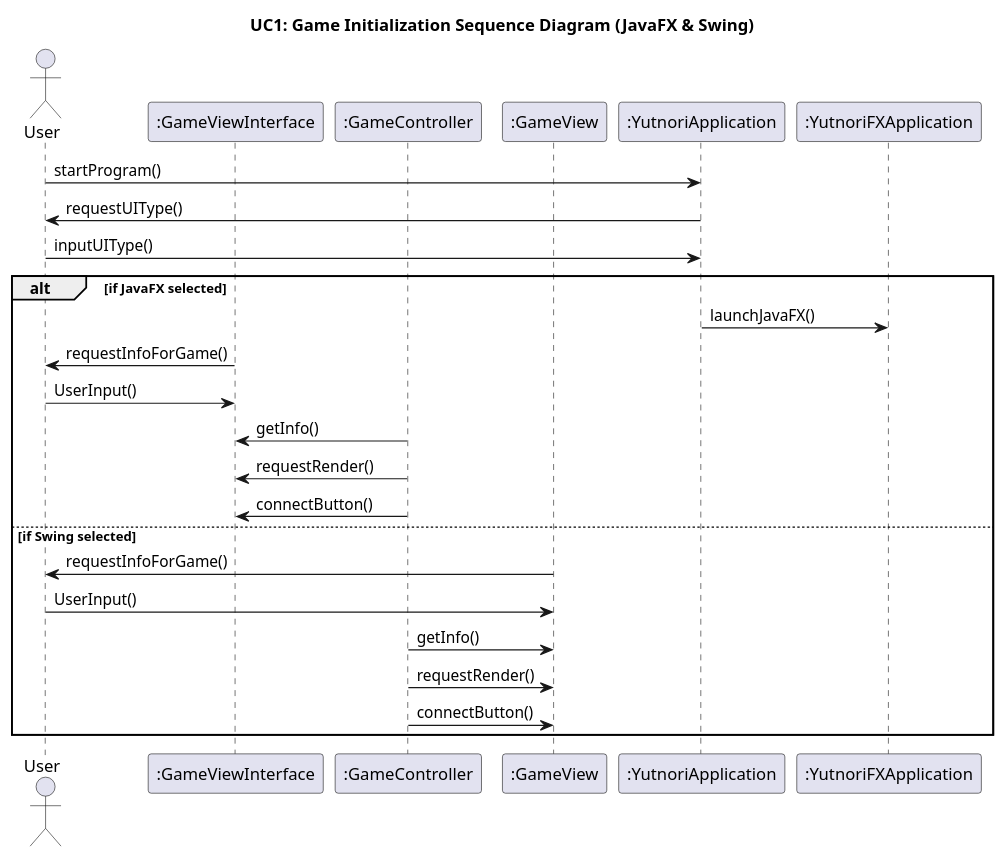
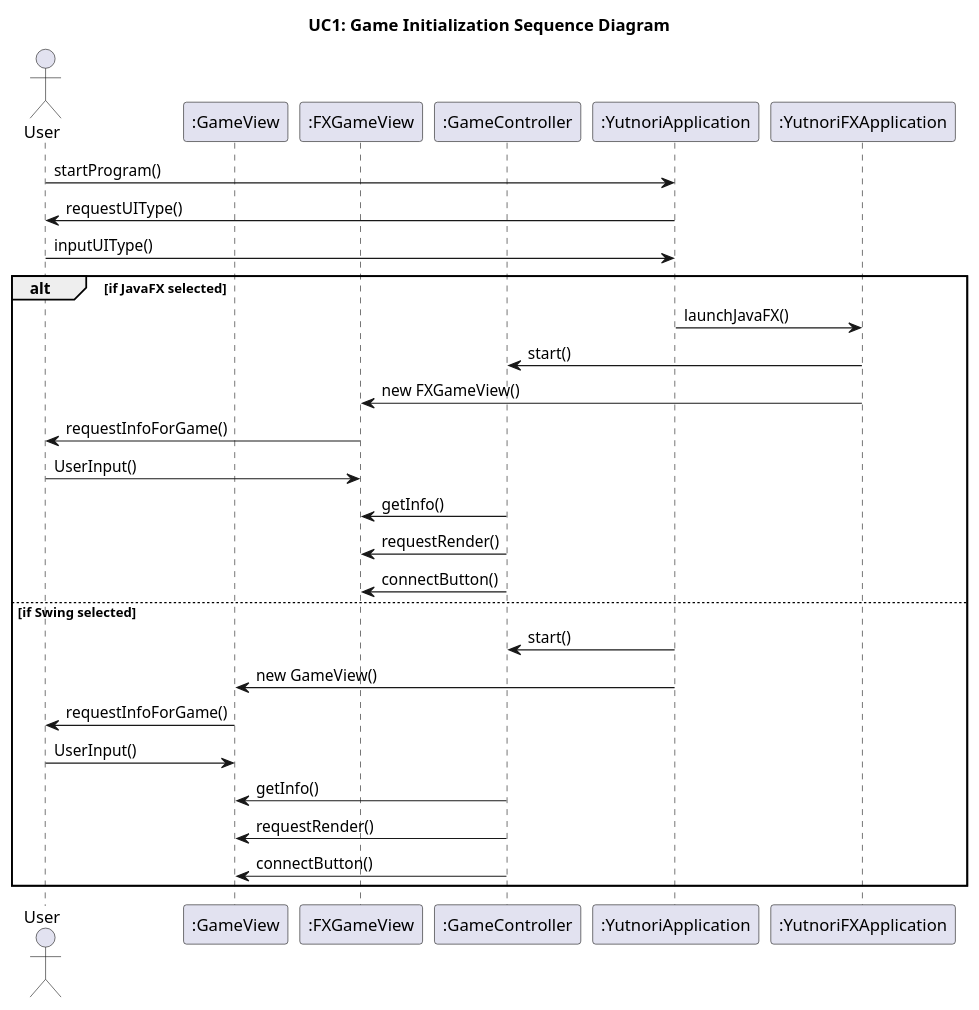
Before and after one commit to jack0928/SE-Term-Project-2025: the diagram in UC1.puml, drawn with PlantUML.

Commit message:
docs: modify dependency

```diff
--- a/UC1.puml
+++ b/UC1.puml
@@ -1,33 +1,36 @@
 @startuml
-title UC1: Game Initialization Sequence Diagram (JavaFX & Swing)
+title UC1: Game Initialization Sequence Diagram
 
 actor User
-participant ":GameViewInterface" as GameViewInterface
+participant ":GameView" as GameView
+participant ":FXGameView" as FXGameView
 participant ":GameController" as GameController
-participant ":GameView" as GameView
 participant ":YutnoriApplication" as YutnoriApplication
 participant ":YutnoriFXApplication" as YutnoriFXApplication
 
 User -> YutnoriApplication : startProgram()
 YutnoriApplication -> User : requestUIType()
 User -> YutnoriApplication : inputUIType()
 
 alt if JavaFX selected
   YutnoriApplication -> YutnoriFXApplication : launchJavaFX()
-
-  GameViewInterface -> User : requestInfoForGame()
-  User ->  GameViewInterface : UserInput()
-  GameController -> GameViewInterface : getInfo()
-  GameController -> GameViewInterface : requestRender()
-  GameController -> GameViewInterface : connectButton()
+  YutnoriFXApplication -> GameController : start()
+  YutnoriFXApplication -> FXGameView : new FXGameView()
+  FXGameView -> User : requestInfoForGame()
+  User ->  FXGameView : UserInput()
+  GameController -> FXGameView : getInfo()
+  GameController -> FXGameView : requestRender()
+  GameController -> FXGameView : connectButton()
 
 
 else if Swing selected
+  YutnoriApplication -> GameController : start()
+  YutnoriApplication -> GameView : new GameView()
   GameView -> User : requestInfoForGame()
   User -> GameView : UserInput()
   GameController -> GameView : getInfo()
   GameController -> GameView : requestRender()
   GameController -> GameView : connectButton()
 end alt
 
 @enduml
```
